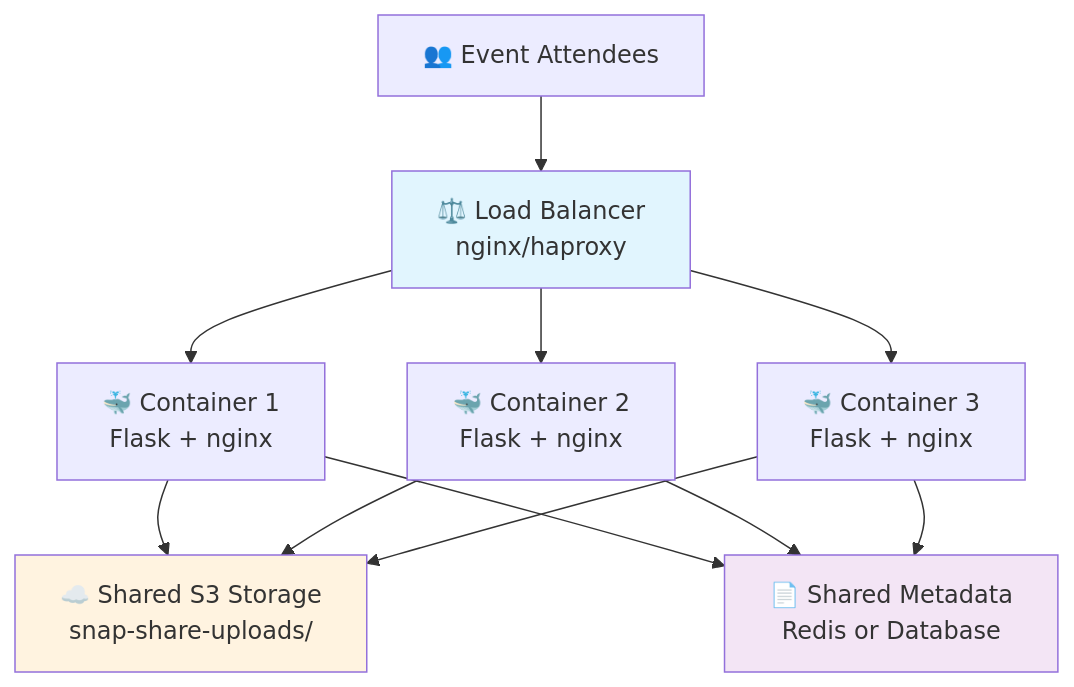
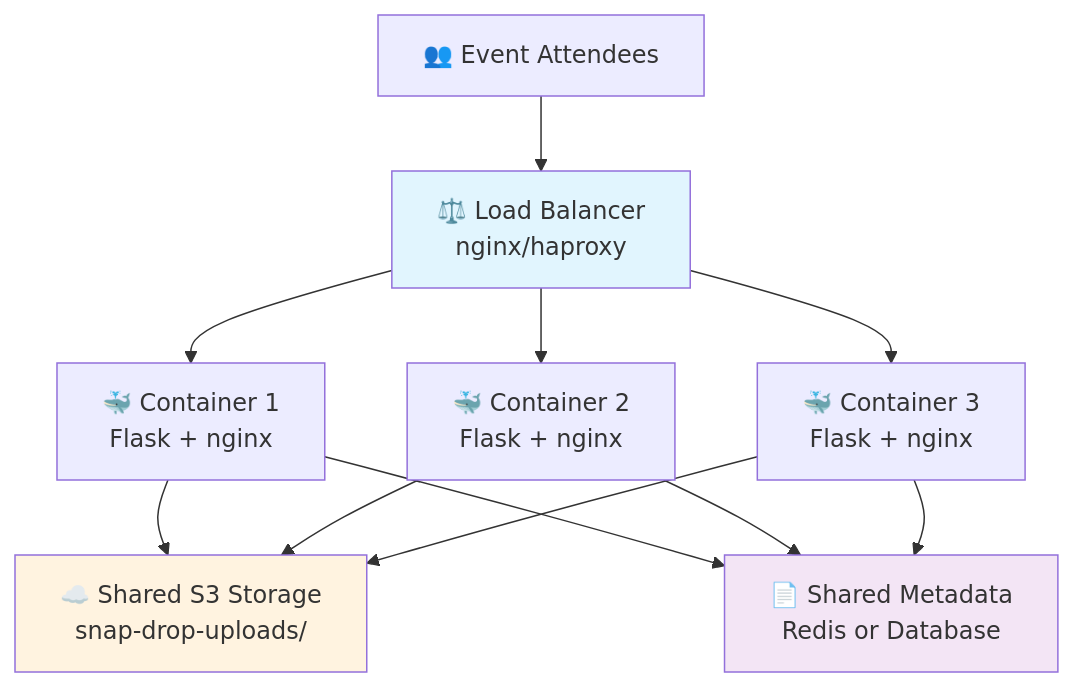
The fourth of 6 diagrams in design_overview.md (SergeBaranovsky/snap-drop), drawn with Mermaid before and after one commit. The commit also changed other lines of this file and 9 other files, not shown here.

Commit message:
Renamed "Snap-Share" to the original name "Snap-Drop"

````diff
--- a/design_overview.md
+++ b/design_overview.md
@@ -313,20 +313,20 @@
 ```mermaid
 graph TB
     Users[👥 Event Attendees] --> LB[⚖️ Load Balancer<br/>nginx/haproxy]
     
     LB --> App1[🐳 Container 1<br/>Flask + nginx]
     LB --> App2[🐳 Container 2<br/>Flask + nginx]
     LB --> App3[🐳 Container 3<br/>Flask + nginx]
     
-    App1 --> SharedS3[☁️ Shared S3 Storage<br/>snap-share-uploads/]
+    App1 --> SharedS3[☁️ Shared S3 Storage<br/>snap-drop-uploads/]
     App2 --> SharedS3
     App3 --> SharedS3
     
     App1 --> SharedMeta[📄 Shared Metadata<br/>Redis or Database]
     App2 --> SharedMeta
     App3 --> SharedMeta
     
     style LB fill:#e1f5fe
     style SharedS3 fill:#fff3e0
     style SharedMeta fill:#f3e5f5
 ```
````
